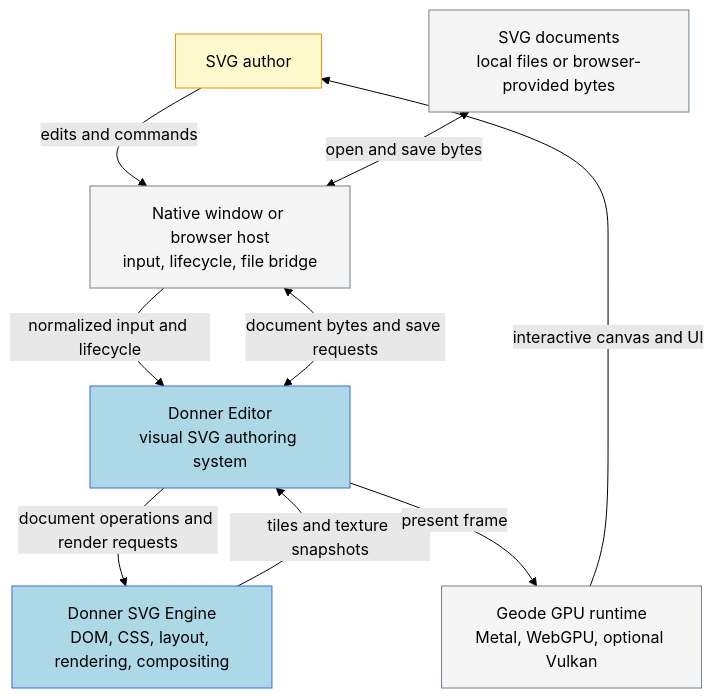
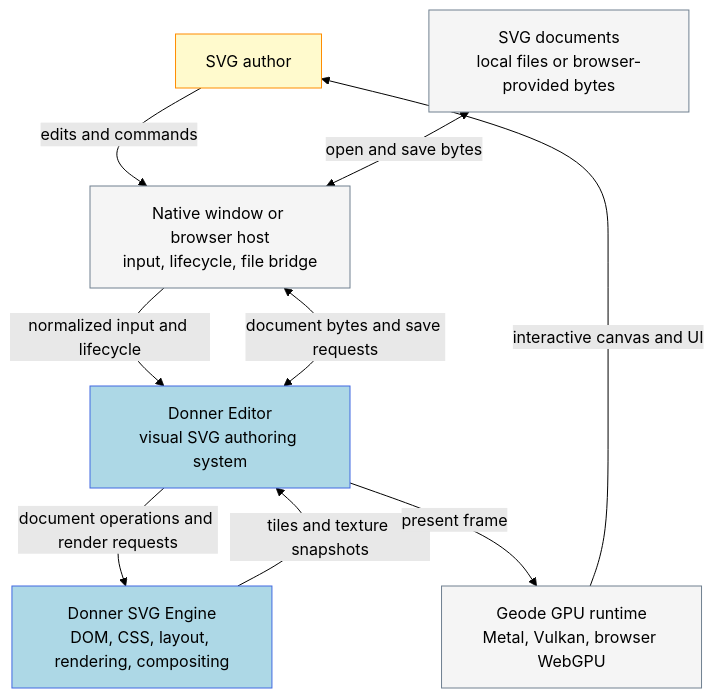
One commit to jwmcglynn/donner changed the first of 5 diagrams in docs/editor_architecture.md. Above: the diagram before and after it, drawn with Mermaid (forest theme). The commit also changed other lines of this file and 2 other files, not shown here.

Commit message:
Align v0.8 docs with native GPU release

````diff
--- a/docs/editor_architecture.md
+++ b/docs/editor_architecture.md
@@ -56,25 +56,25 @@
 ```mermaid
 flowchart TB
   author["SVG author"]
   files["SVG documents<br/>local files or browser-provided bytes"]
   host["Native window or browser host<br/>input, lifecycle, file bridge"]
   editor["Donner Editor<br/>visual SVG authoring system"]
   engine["Donner SVG Engine<br/>DOM, CSS, layout, rendering, compositing"]
-  graphics["Geode GPU runtime<br/>Metal, WebGPU, optional Vulkan"]
+  graphics["Geode GPU runtime<br/>Metal, Vulkan, browser WebGPU"]
 
   author -->|"edits and commands"| host
   files <-->|"open and save bytes"| host
   host -->|"normalized input and lifecycle"| editor
   host <-->|"document bytes and save requests"| editor
   editor -->|"document operations and render requests"| engine
   engine -->|"tiles and texture snapshots"| editor
   editor -->|"present frame"| graphics
   graphics -->|"interactive canvas and UI"| author
 
   classDef person fill:lemonchiffon,stroke:darkorange,color:black
   classDef system fill:lightblue,stroke:royalblue,color:black
   classDef external fill:whitesmoke,stroke:slategray,color:black
   class author person
   class editor,engine system
   class files,host,graphics external
 ```
````
